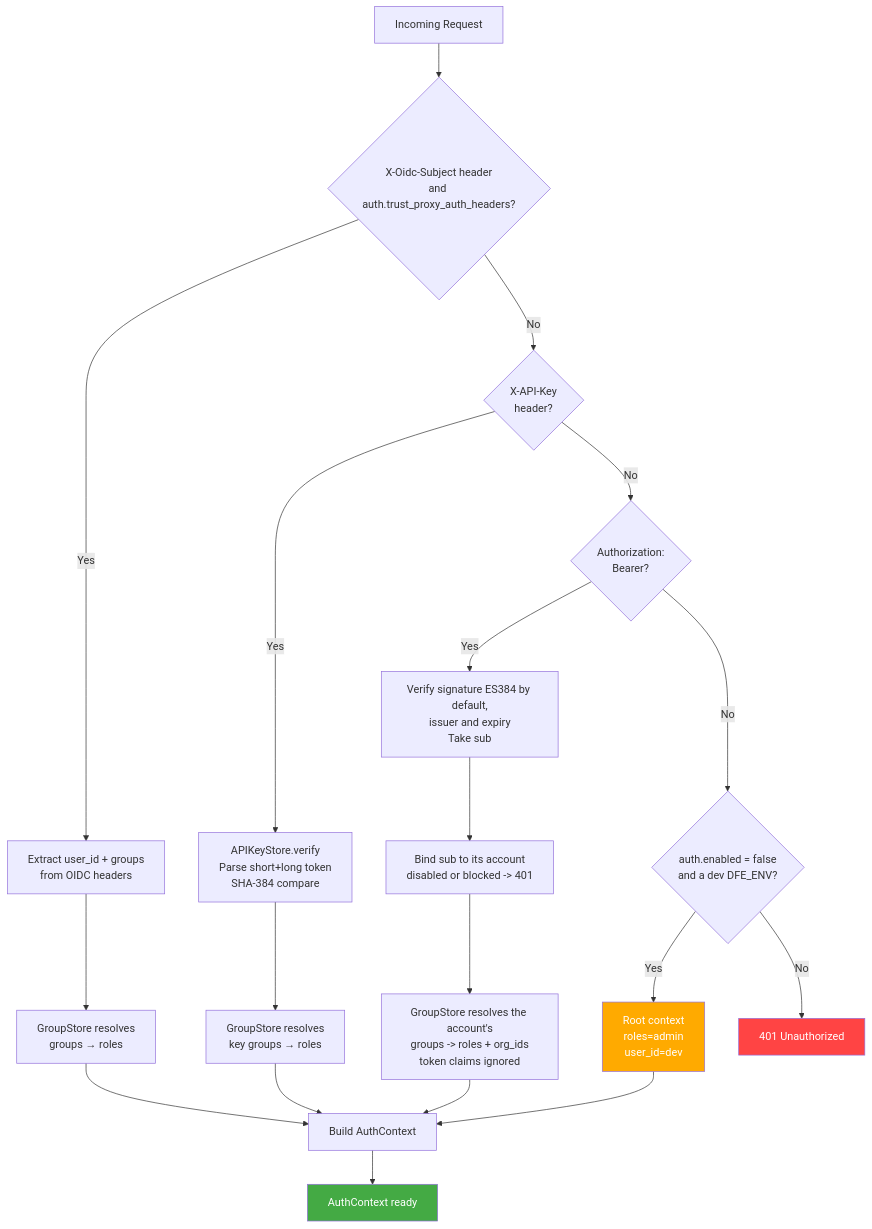
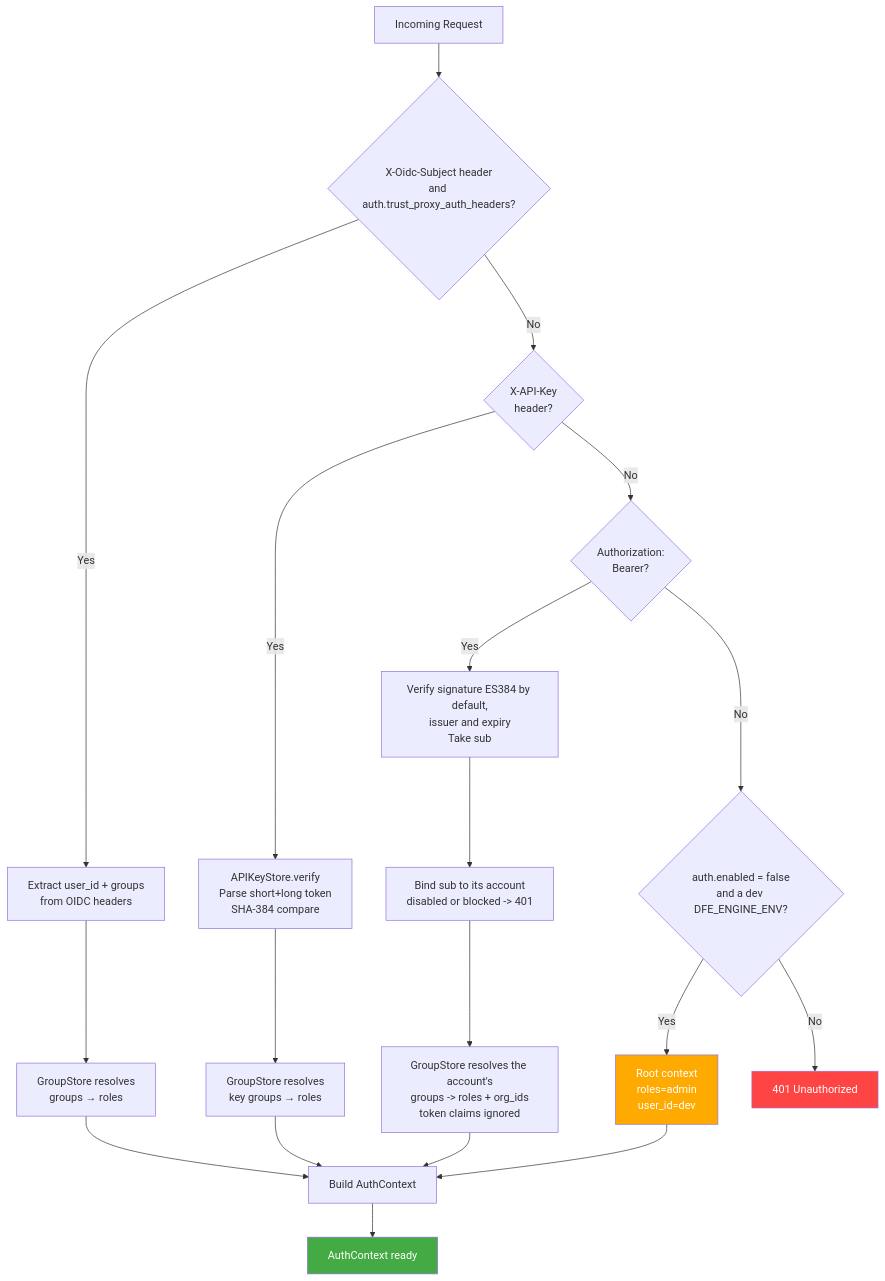
One commit to hyperi-io/dfe-engine changed the first of 8 diagrams in docs/control-plane/rbac.md. Above: the diagram before and after it, drawn with Mermaid. The commit also changed other lines of this file and 165 other files, not shown here.

First line of the commit message:
fix(engine): read env under DFE_ENGINE_ (#1058)

````diff
--- a/docs/control-plane/rbac.md
+++ b/docs/control-plane/rbac.md
@@ -22,30 +22,30 @@
 ```mermaid
 flowchart TD
     REQ[Incoming Request] --> OIDC{X-Oidc-Subject header<br/>and auth.trust_proxy_auth_headers?}
     OIDC -->|Yes| EXTRACT_OIDC[Extract user_id + groups<br/>from OIDC headers]
     EXTRACT_OIDC --> RESOLVE_OIDC[GroupStore resolves<br/>groups → roles]
     RESOLVE_OIDC --> CTX[Build AuthContext]
 
     OIDC -->|No| APIKEY{X-API-Key<br/>header?}
     APIKEY -->|Yes| VERIFY_KEY[APIKeyStore.verify<br/>Parse short+long token<br/>SHA-384 compare]
     VERIFY_KEY --> RESOLVE_KEY[GroupStore resolves<br/>key groups → roles]
     RESOLVE_KEY --> CTX
 
     APIKEY -->|No| JWT{Authorization:<br/>Bearer?}
     JWT -->|Yes| DECODE["Verify signature ES384 by default,<br/>issuer and expiry<br/>Take sub"]
     DECODE --> BIND["Bind sub to its account<br/>disabled or blocked -> 401"]
     BIND --> RESOLVE_JWT["GroupStore resolves the account's<br/>groups -> roles + org_ids<br/>token claims ignored"]
     RESOLVE_JWT --> CTX
 
-    JWT -->|No| DISABLED{auth.enabled = false<br/>and a dev DFE_ENV?}
+    JWT -->|No| DISABLED{auth.enabled = false<br/>and a dev DFE_ENGINE_ENV?}
     DISABLED -->|Yes| ROOT[Root context<br/>roles=admin<br/>user_id=dev]
     ROOT --> CTX
 
     DISABLED -->|No| REJECT[401 Unauthorized]
 
     CTX --> AUTH_DONE[AuthContext ready]
 
     style REJECT fill:#f44,color:#fff
     style AUTH_DONE fill:#4a4,color:#fff
     style ROOT fill:#fa0,color:#fff
 ```
````
